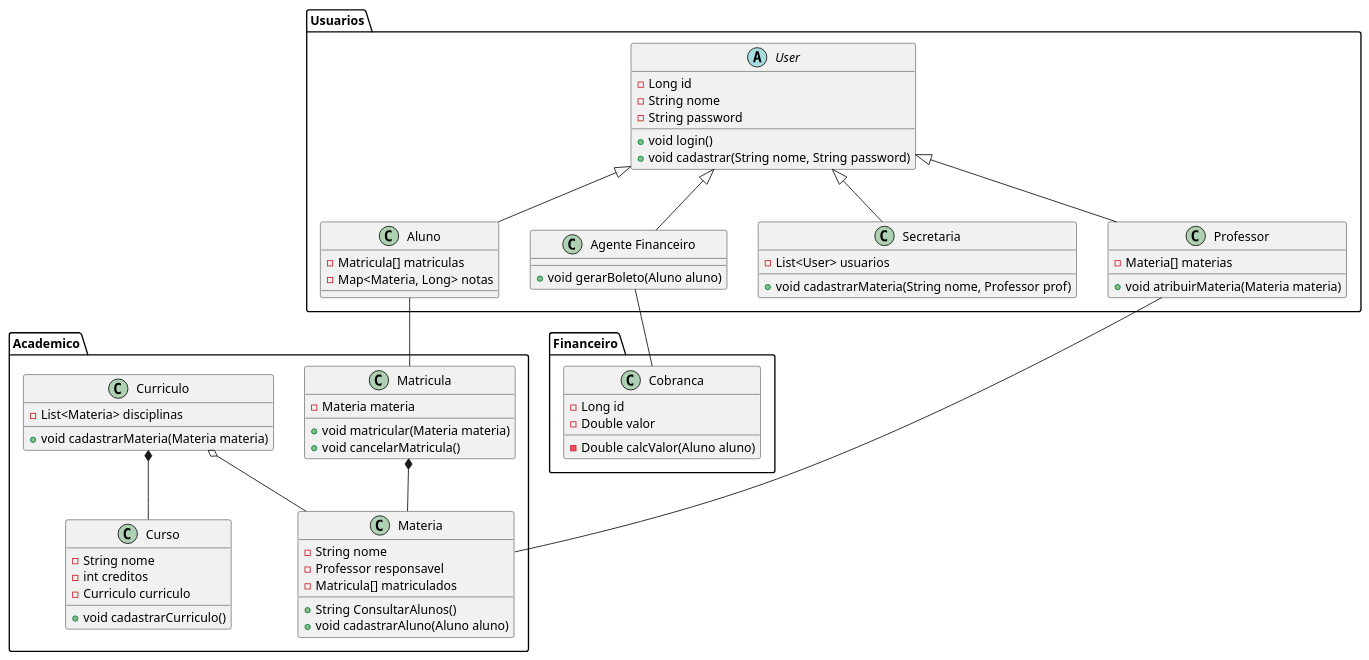
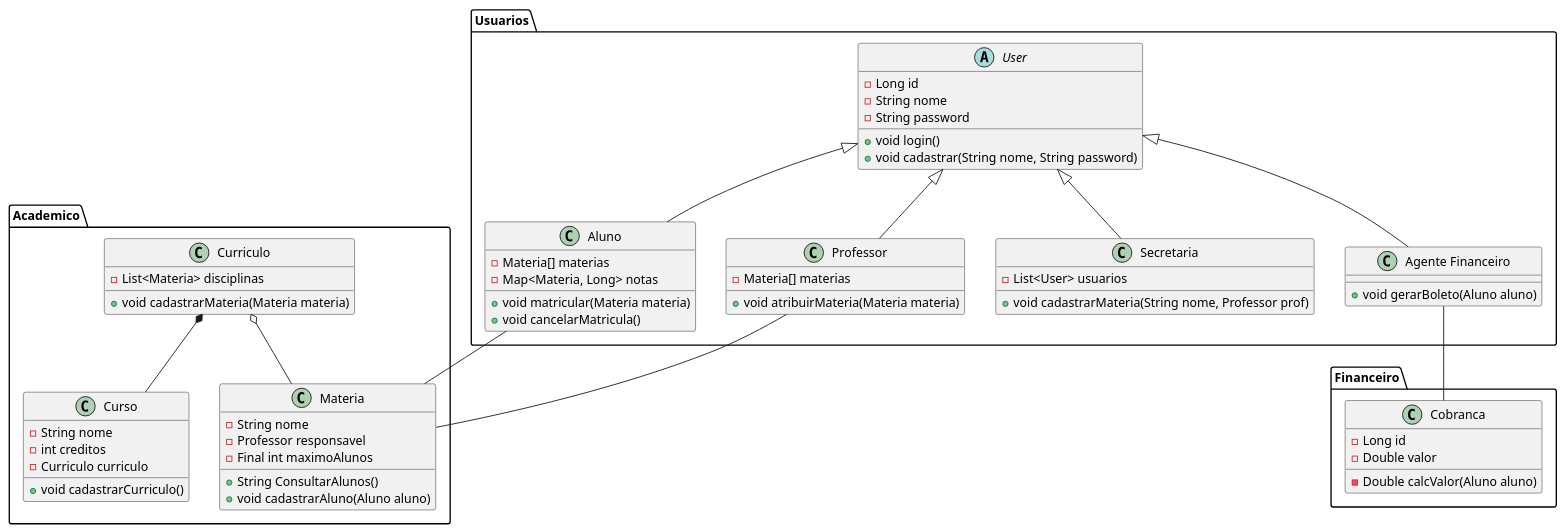
One commit to Lucas-FV/LAB01_DesenvolvimentoDeSoftware changed the diagram in Projeto/DiagramaDeClasse/diagramaCla.wsd. Above: the diagram before and after it, drawn with PlantUML.

Commit message:
commit diagrama de classe

```diff
--- a/Projeto/DiagramaDeClasse/diagramaCla.wsd
+++ b/Projeto/DiagramaDeClasse/diagramaCla.wsd
@@ -1,90 +1,86 @@
 @startuml diagramaDeClasse
 
 
 package "Usuarios"{
     User <|-- Aluno
     User <|-- Prof
     User <|-- Sec
     User <|-- Cobrador
 
     abstract class "User"{ 
         -Long id 
         -String nome 
         -String password
 
         +void login()
         +void cadastrar(String nome, String password)
     }
 
     class "Aluno"{ 
-        -Matricula[] matriculas 
+        -Materia[] materias
         -Map<Materia, Long> notas
+
+        +void matricular(Materia materia)
+        +void cancelarMatricula()
     }
 
     class "Professor" as Prof{
         -Materia[] materias
         +void atribuirMateria(Materia materia)
     }
 
     class "Secretaria" as Sec{
         -List<User> usuarios
 
         +void cadastrarMateria(String nome, Professor prof)
     }
 
     class "Agente Financeiro" as Cobrador{
         +void gerarBoleto(Aluno aluno)
     }
 
 }
 
 package "Academico"{
-    Matricula *-- Materia
     Materia -- Prof
-    Aluno -- Matricula
+    Aluno -- Materia
     Curriculo *-- Curso
     Curriculo o-- Materia
 
     class "Materia" { 
         -String nome 
         -Professor responsavel 
-        -Matricula[] matriculados
+        -Final int maximoAlunos
 
         +String ConsultarAlunos()
         +void cadastrarAluno(Aluno aluno) 
     }
 
-    class "Matricula"{
-        -Materia materia 
-
-        +void matricular(Materia materia) 
-        +void cancelarMatricula() 
-    }
 
     class "Curso"{
         -String nome
         -int creditos
         -Curriculo curriculo
 
         +void cadastrarCurriculo()
     }
 
     class "Curriculo"{
         -List<Materia> disciplinas
         +void cadastrarMateria(Materia materia)
     }
 }
 
 package "Financeiro"{ 
     Cobrador -- Cobranca
 
     class "Cobranca"{
         -Long id
         -Double valor
 
         -Double calcValor(Aluno aluno)
     } 
 }
 
 
 @enduml
```
